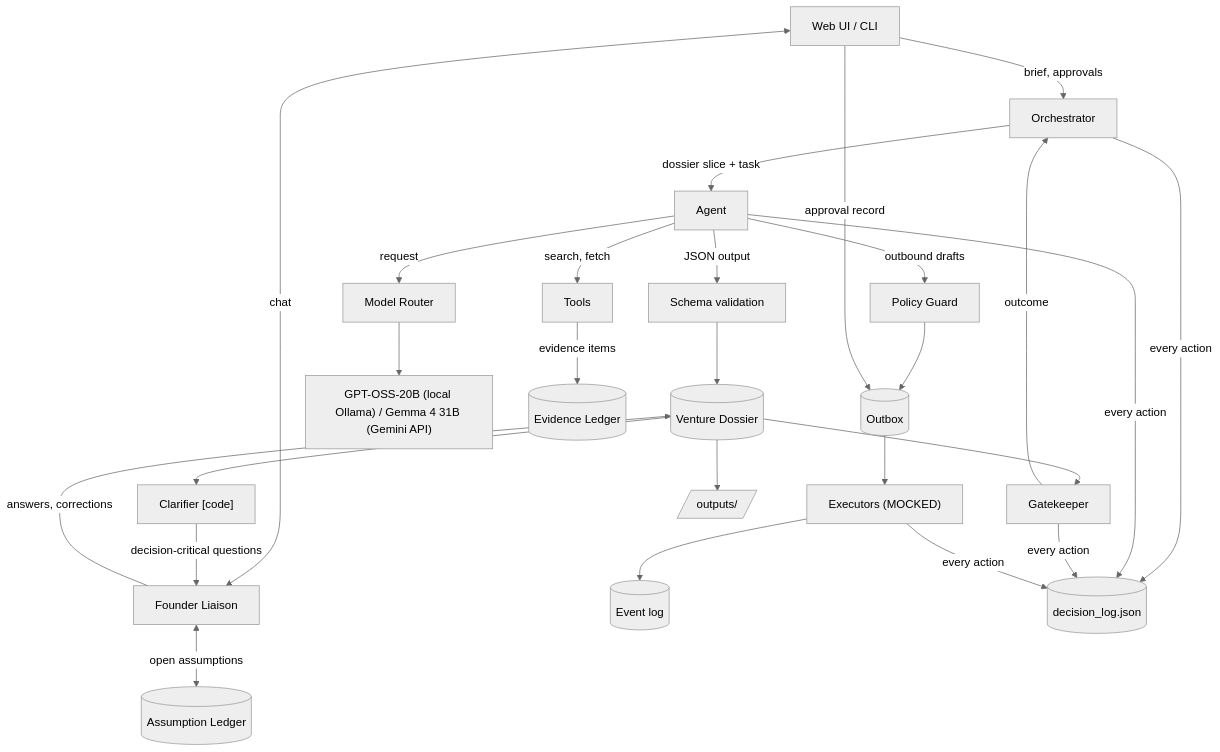
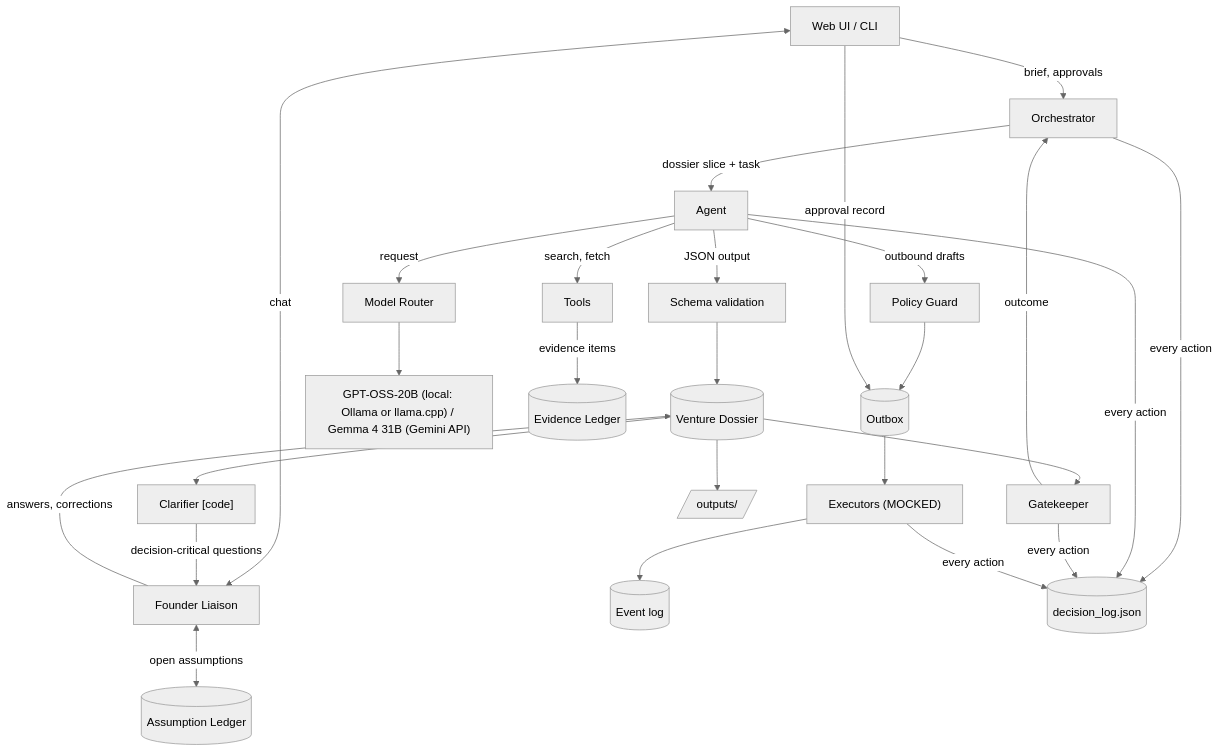
One commit to Lotr2/sudo_win changed the ninth of 9 diagrams in ARCHITECTURE.md. Above: the diagram before and after it, drawn with Mermaid (neutral theme). The commit also changed other lines of this file and 9 other files, not shown here.

First line of the commit message:
Docs: README, ARCHITECTURE and docs/ match what is built; prompts index; no sandbox payments

````diff
--- a/ARCHITECTURE.md
+++ b/ARCHITECTURE.md
@@ -437,19 +445,19 @@
 ```mermaid
 flowchart TB
   UI["Web UI / CLI"] -->|brief, approvals| O["Orchestrator"]
   UI <-->|chat| FL["Founder Liaison"]
   FL -->|answers, corrections| D
   FL <-->|open assumptions| AL[("Assumption Ledger")]
   CL["Clarifier [code]"] -->|decision-critical questions| FL
   D --> CL
   O -->|dossier slice + task| A["Agent"]
-  A -->|request| R["Model Router"] --> M["GPT-OSS-20B (local Ollama) / Gemma 4 31B (Gemini API)"]
+  A -->|request| R["Model Router"] --> M["GPT-OSS-20B (local: Ollama or llama.cpp) / Gemma 4 31B (Gemini API)"]
   A -->|search, fetch| T["Tools"] -->|evidence items| L[("Evidence Ledger")]
   A -->|JSON output| V["Schema validation"] --> D[("Venture Dossier")]
   D --> GK["Gatekeeper"] -->|outcome| O
   A -->|outbound drafts| PG["Policy Guard"] --> OB[("Outbox")]
   UI -->|approval record| OB --> EX["Executors (MOCKED)"]
   EX --> EV[("Event log")]
   O & A & GK & EX -->|every action| DL[("decision_log.json")]
   D --> OUT[/"outputs/"/]
 ```
````
